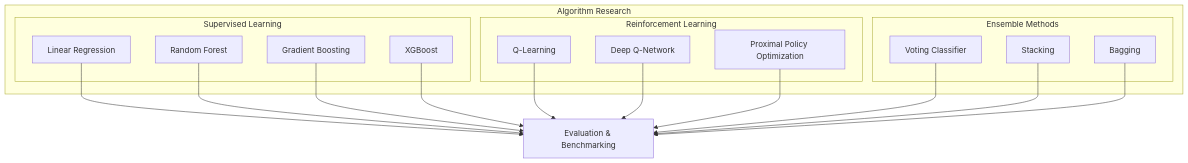
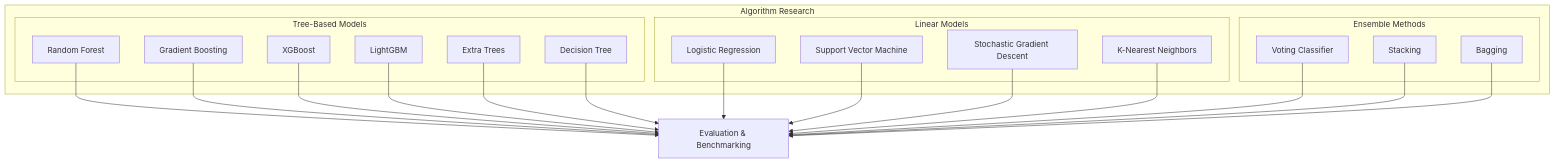
Before and after one commit to Evintkoo/2048-ml: the first of 6 diagrams in plan/05-Model/01-Algorithm/01-algorithm-research.md, drawn with Mermaid. The commit also changed other lines of this file and 14 other files, not shown here.

````diff
--- a/plan/05-Model/01-Algorithm/01-algorithm-research.md
+++ b/plan/05-Model/01-Algorithm/01-algorithm-research.md
@@ -11,36 +11,42 @@
 ```mermaid
 flowchart TD
     subgraph "Algorithm Research"
-        subgraph "Supervised Learning"
-            LR[Linear Regression]
+        subgraph "Tree-Based Models"
             RF[Random Forest]
             GBM[Gradient Boosting]
             XGB[XGBoost]
+            LGBM[LightGBM]
+            ET[Extra Trees]
+            DT[Decision Tree]
         end
         
-        subgraph "Reinforcement Learning"
-            QL[Q-Learning]
-            DQN[Deep Q-Network]
-            PPO[Proximal Policy Optimization]
+        subgraph "Linear Models"
+            LR[Logistic Regression]
+            SVM[Support Vector Machine]
+            SGD[Stochastic Gradient Descent]
+            KNN[K-Nearest Neighbors]
         end
         
         subgraph "Ensemble Methods"
             VB[Voting Classifier]
             ST[Stacking]
             BG[Bagging]
         end
     end
     
-    LR --> Evaluation
     RF --> Evaluation
     GBM --> Evaluation
     XGB --> Evaluation
-    QL --> Evaluation
-    DQN --> Evaluation
-    PPO --> Evaluation
+    LGBM --> Evaluation
+    ET --> Evaluation
+    DT --> Evaluation
+    LR --> Evaluation
+    SVM --> Evaluation
+    SGD --> Evaluation
+    KNN --> Evaluation
     VB --> Evaluation
     ST --> Evaluation
     BG --> Evaluation
     
     Evaluation[Evaluation & Benchmarking]
 ```
````
